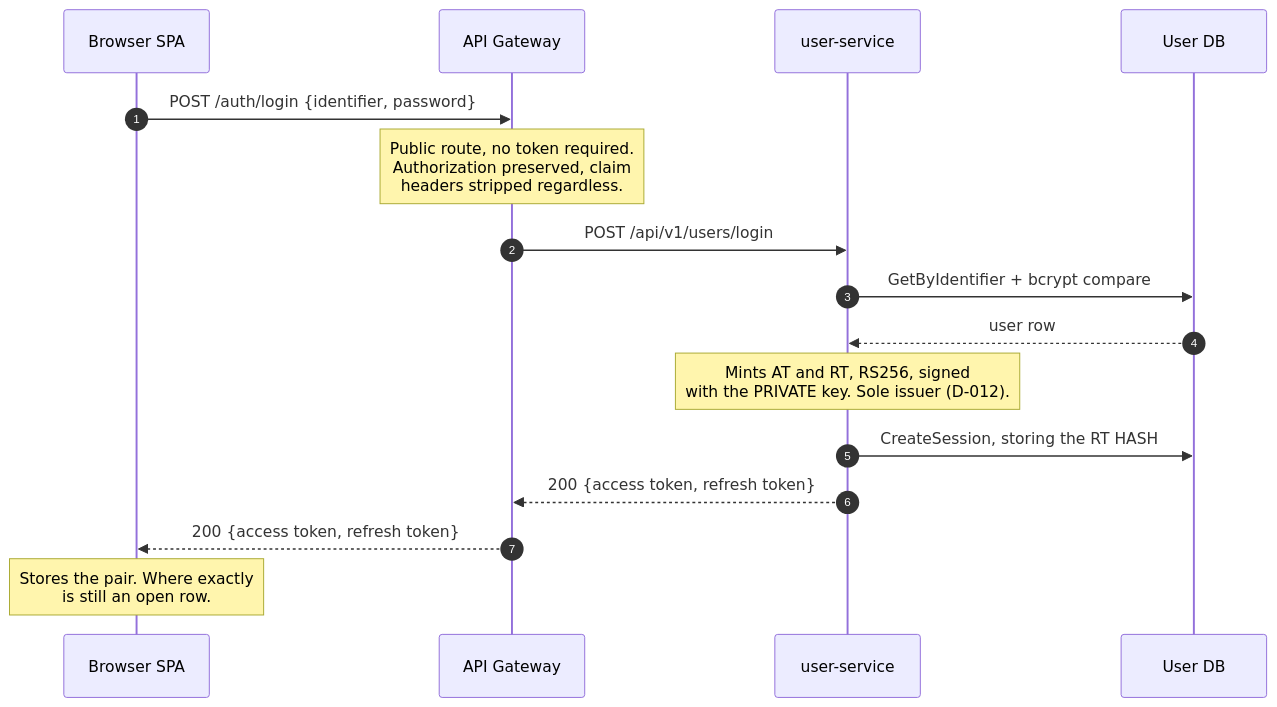
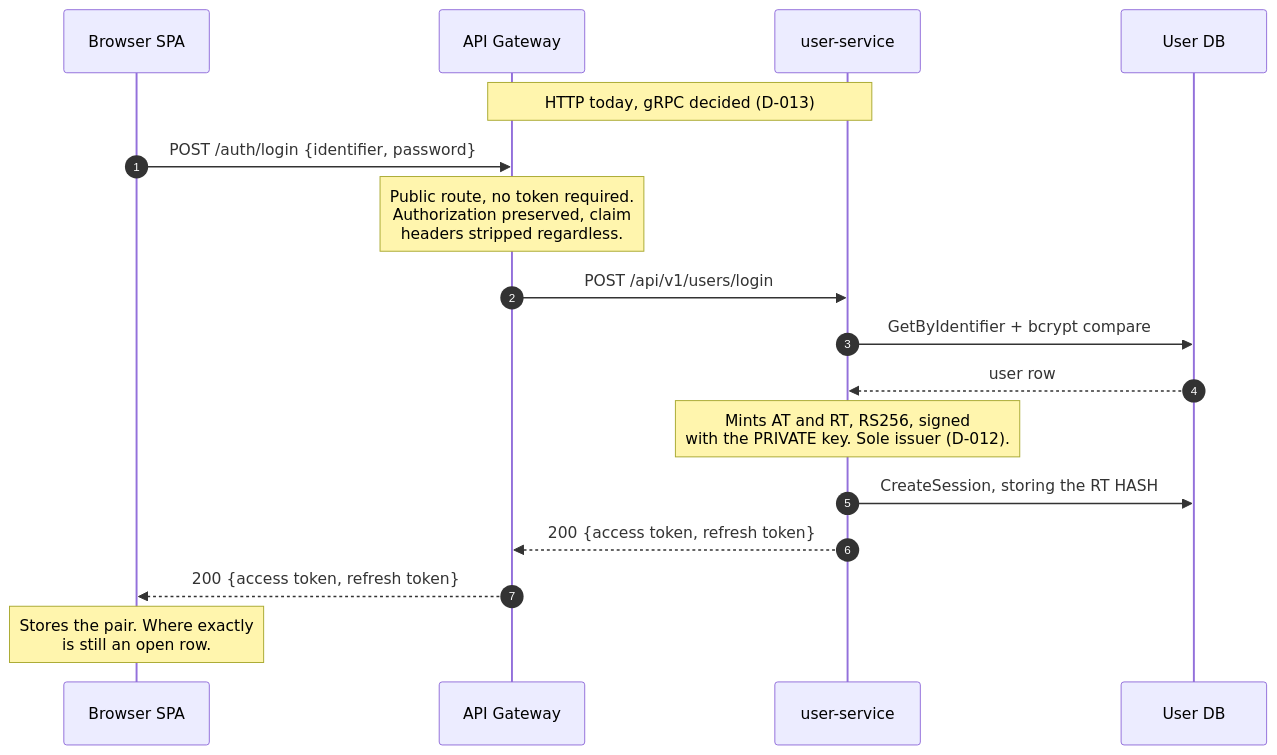
The second of 6 diagrams in ai/decisions/architecture.md (AY2627S1-CS3219-P2/FoC), drawn with Mermaid before and after one commit.

````diff
--- a/ai/decisions/architecture.md
+++ b/ai/decisions/architecture.md
@@ -86,19 +86,20 @@
 ```mermaid
 sequenceDiagram
     autonumber
     participant UI as Browser SPA
     participant GW as API Gateway
     participant US as user-service
     participant DB as User DB
+    Note over GW,US: HTTP today, gRPC decided (D-013)
 
     UI->>GW: POST /auth/login {identifier, password}
     Note over GW: Public route, no token required.<br/>Authorization preserved, claim<br/>headers stripped regardless.
     GW->>US: POST /api/v1/users/login
     US->>DB: GetByIdentifier + bcrypt compare
     DB-->>US: user row
     Note over US: Mints AT and RT, RS256, signed<br/>with the PRIVATE key. Sole issuer (D-012).
     US->>DB: CreateSession, storing the RT HASH
     US-->>GW: 200 {access token, refresh token}
     GW-->>UI: 200 {access token, refresh token}
     Note over UI: Stores the pair. Where exactly<br/>is still an open row.
 ```
````
